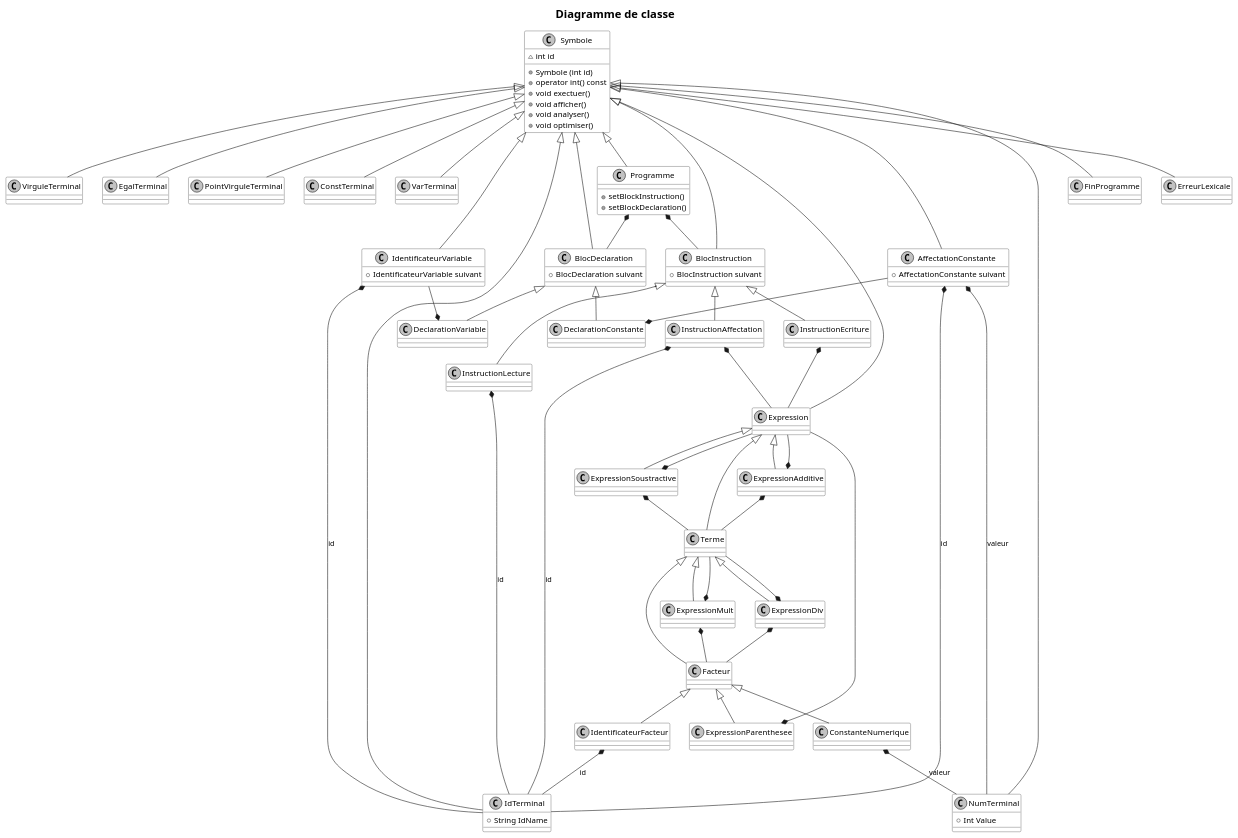
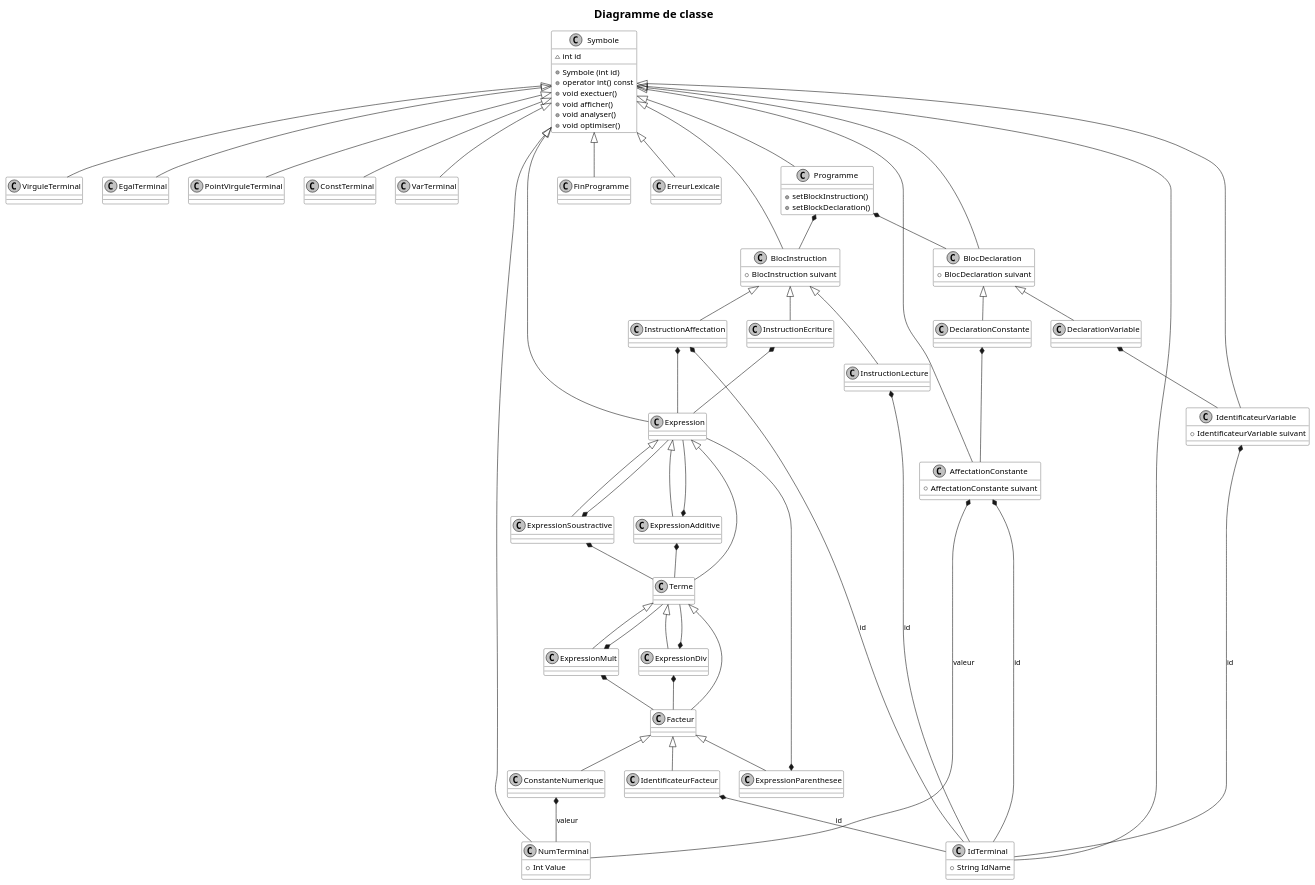
Before and after one commit to 0xnome/lutin: the diagram in doc/classes.puml, drawn with PlantUML.

Commit message:
Réorganisation du fichier de classes : tri des lignes pour une meilleur lecture, plus confortable pour vos petits yeux et plus agréable, et plus efficace (évidemment c'est pour ça qu'on l'a fait à la base alors ça serait dommage que ça ne soit pas plus efficace pour retrouver les classes et ses relations. Merci de votre lecture). Cordialement, Loïc Touzard Eleve de 4eme année à l'INSA de Lyon du département Informatique.

```diff
--- a/doc/classes.puml
+++ b/doc/classes.puml
@@ -1,135 +1,143 @@
 @startuml
 skinparam monochrome true
 skinparam shadowing false
 skinparam TitleFontSize 20
 skinparam sequenceTitleFontSize 20
 skinparam sequenceTitleFontStyle plain
 
 skinparam class {
 	BackgroundColor white
 	BackgroundColor<<Warning>> lightblue
 }
 
 title Diagramme de classe
 
 class Symbole{
 	~int id
 	+Symbole (int id)
 	+operator int() const
 	+void exectuer()
 	+void afficher()
 	+void analyser()
 	+void optimiser()
 }
-
 class VirguleTerminal
 class EgalTerminal
 Class PointVirguleTerminal
 class ConstTerminal
 class VarTerminal
 class EgalTerminal
 class IdTerminal{
   +String IdName
 }
 class NumTerminal{
   +Int Value
 }
 class FinProgramme
 class ErreurLexicale
 
 class AffectationConstante{
 	+AffectationConstante suivant
 }
 class IdentificateurVariable{
 	+IdentificateurVariable suivant
 }
 class IdentificateurFacteur
 class BlocDeclaration {
     +BlocDeclaration suivant
 }
 class DeclarationVariable
 class DeclarationConstante
 class Programme{
     +setBlockInstruction()
     +setBlockDeclaration()
 }
 class BlocInstruction {
     +BlocInstruction suivant
 }
 class InstructionLecture
 class InstructionEcriture
 class InstructionAffectation
 class Expression
 class ExpressionAdditive
 class ExpressionSoustractive
 class Terme
 class ExpressionMult
 class ExpressionDiv
 class Facteur
 class ExpressionParenthesee
 class ConstanteNumerique
 
-Symbole <|-- Programme
-Symbole <|-- BlocDeclaration
-Symbole <|-- BlocInstruction
-Symbole <|-- AffectationConstante
-Symbole <|-- IdentificateurVariable
-Symbole <|-- Expression
-Symbole <|-- VirguleTerminal
-Symbole <|-- PointVirguleTerminal
-Symbole <|-- ConstTerminal
-Symbole <|-- VarTerminal
-Symbole <|-- EgalTerminal
-Symbole <|-- IdTerminal
-Symbole <|-- NumTerminal
-Symbole <|-- FinProgramme
-Symbole <|-- ErreurLexicale
+
+AffectationConstante *-- IdTerminal : id
+AffectationConstante *-- NumTerminal : valeur
+
+BlocDeclaration <|-- DeclarationConstante
+BlocDeclaration <|-- DeclarationVariable
+BlocInstruction <|-- InstructionAffectation
+BlocInstruction <|-- InstructionEcriture
+BlocInstruction <|-- InstructionLecture
+
+ConstanteNumerique *-- NumTerminal : valeur
+
+DeclarationConstante *-- AffectationConstante
+
+DeclarationVariable *-- IdentificateurVariable
+
+Expression <|-- ExpressionAdditive
+Expression <|-- ExpressionSoustractive
+Expression <|-- Terme
+
+ExpressionAdditive *-- Expression
+ExpressionAdditive *-- Terme
+
+ExpressionDiv *-- Facteur
+ExpressionDiv *-- Terme
+
+ExpressionMult *-- Facteur
+ExpressionMult *-- Terme
+
+ExpressionParenthesee *-- Expression
+
+ExpressionSoustractive *-- Expression
+ExpressionSoustractive *-- Terme
+
+Facteur <|-- ConstanteNumerique
+Facteur <|-- ExpressionParenthesee
+Facteur <|-- IdentificateurFacteur
+
+IdentificateurFacteur *-- IdTerminal : id
+
+IdentificateurVariable *-- IdTerminal : id
+
+InstructionAffectation *-- Expression
+InstructionAffectation *-- IdTerminal : id
+
+InstructionEcriture *-- Expression
+
+InstructionLecture *-- IdTerminal : id
 
 Programme *-- BlocDeclaration
 Programme *-- BlocInstruction
 
-BlocDeclaration <|-- DeclarationVariable
-BlocDeclaration <|-- DeclarationConstante
+Symbole <|-- AffectationConstante
+Symbole <|-- BlocDeclaration
+Symbole <|-- BlocInstruction
+Symbole <|-- ConstTerminal
+Symbole <|-- EgalTerminal
+Symbole <|-- ErreurLexicale
+Symbole <|-- Expression
+Symbole <|-- FinProgramme
+Symbole <|-- IdentificateurVariable
+Symbole <|-- IdTerminal
+Symbole <|-- NumTerminal
+Symbole <|-- PointVirguleTerminal
+Symbole <|-- Programme
+Symbole <|-- VarTerminal
+Symbole <|-- VirguleTerminal
 
-IdentificateurVariable --* DeclarationVariable
-
-AffectationConstante --* DeclarationConstante
-
-
-BlocInstruction <|-- InstructionLecture
-BlocInstruction <|-- InstructionEcriture
-BlocInstruction <|-- InstructionAffectation
-
-InstructionLecture *-- IdTerminal : id
-InstructionAffectation *-- IdTerminal : id
-
-InstructionEcriture *-- Expression
-InstructionAffectation *-- Expression
-
-Expression <|-- ExpressionAdditive
-ExpressionAdditive *-- Expression
-Expression <|-- ExpressionSoustractive
-ExpressionSoustractive *-- Expression
-Expression <|-- Terme
-ExpressionParenthesee *-- Expression
-
-ExpressionAdditive *-- Terme
-ExpressionSoustractive *-- Terme
-ExpressionMult *-- Terme
+Terme <|-- ExpressionDiv
 Terme <|-- ExpressionMult
-ExpressionDiv *-- Terme
-Terme <|-- ExpressionDiv
 Terme <|-- Facteur
 
-Facteur <|-- ExpressionParenthesee
-ExpressionMult *-- Facteur
-ExpressionDiv *-- Facteur
-Facteur <|-- ConstanteNumerique
-Facteur <|-- IdentificateurFacteur
-
-AffectationConstante *-- IdTerminal : id
-AffectationConstante *-- NumTerminal : valeur
-IdentificateurVariable *-- IdTerminal : id
-ConstanteNumerique *-- NumTerminal : valeur
-IdentificateurFacteur *-- IdTerminal : id
 @enduml
```
